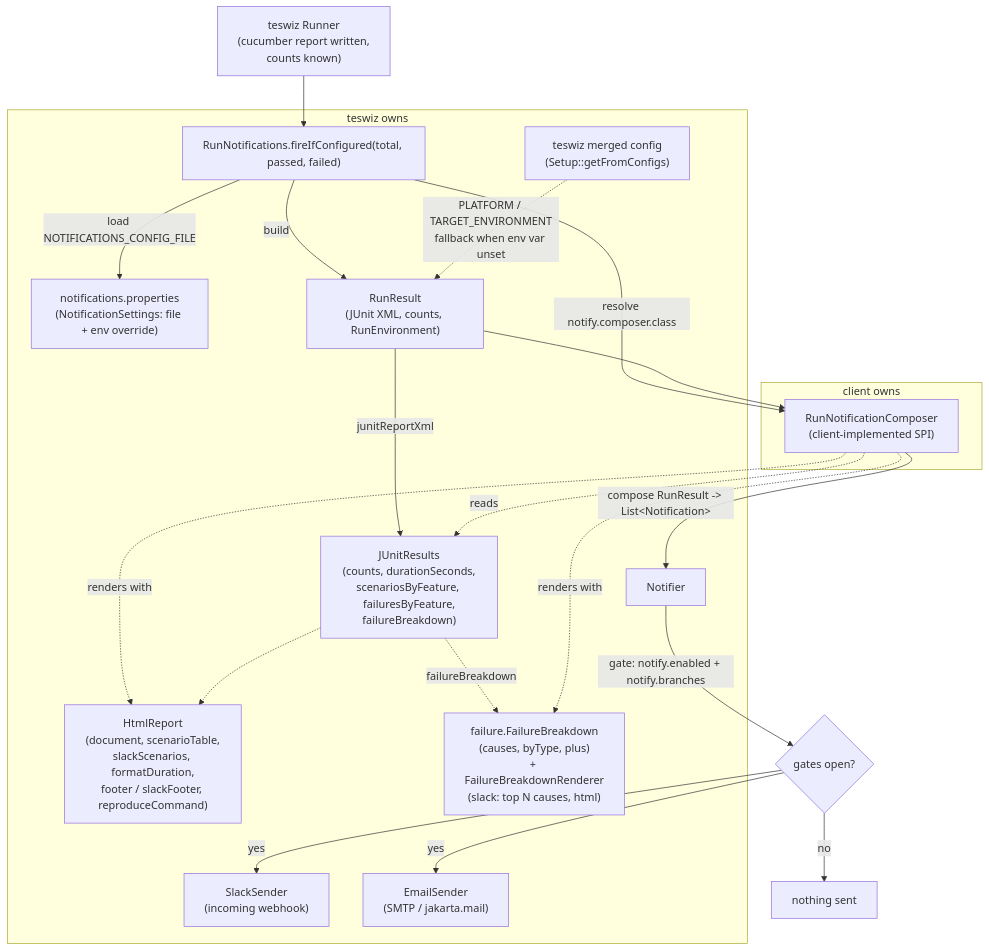
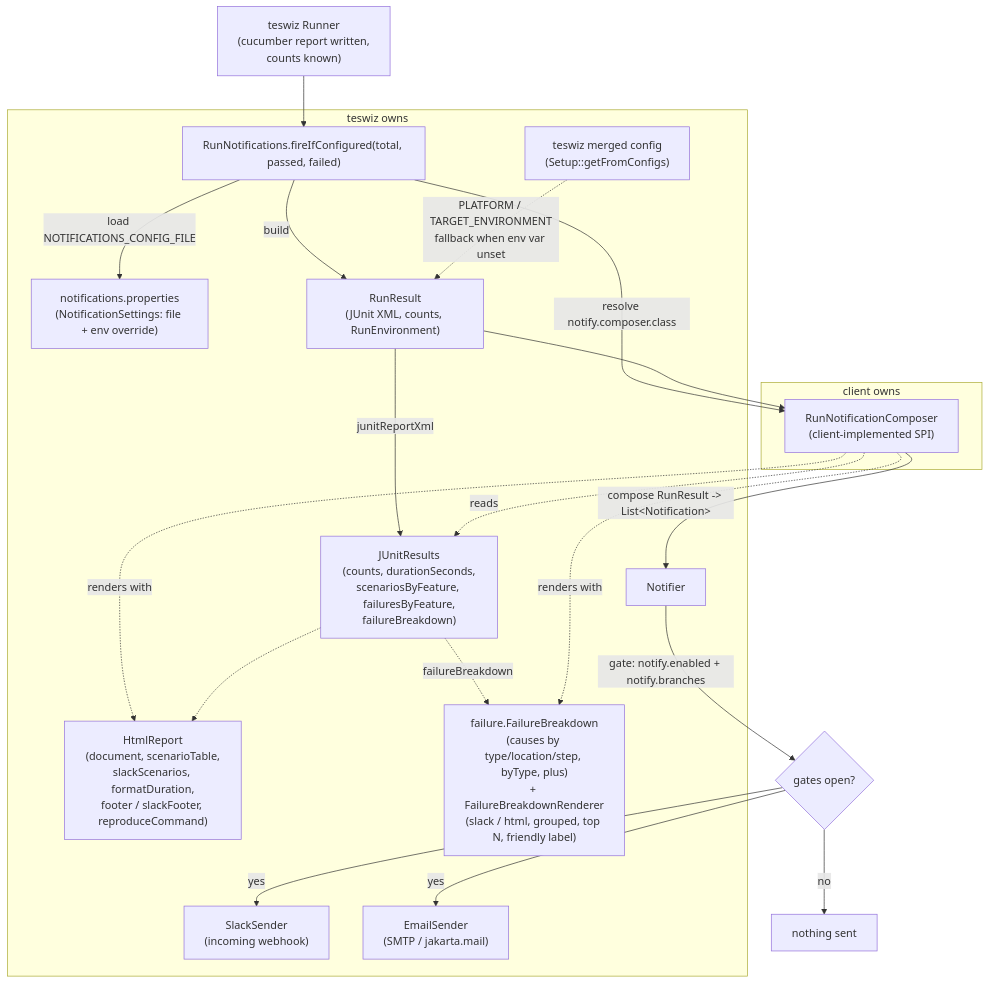
Before and after one commit to anandbagmar/teswiz: the diagram in docs/subsystems/run-notifications.md, drawn with Mermaid. The commit also changed 1 other file, not shown here.

Commit message:
Update stale docs for failure breakdown step grouping
- run-notifications.md: flow diagram node now reflects
  type/location/step grouping and the friendly label
- architecture-notes.md: reporting.notify.failure now describes the
  step component, per-step cause splitting, grouped Slack/HTML output,
  and the optional friendly-label function

````diff
--- a/docs/subsystems/run-notifications.md
+++ b/docs/subsystems/run-notifications.md
@@ -24,36 +24,36 @@
 ```mermaid
 flowchart TD
     RUN["teswiz Runner\n(cucumber report written,\ncounts known)"] --> FIRE["RunNotifications.fireIfConfigured(total, passed, failed)"]
     FIRE -->|load NOTIFICATIONS_CONFIG_FILE| SET["notifications.properties\n(NotificationSettings: file + env override)"]
     FIRE -->|resolve notify.composer.class| COMP["RunNotificationComposer\n(client-implemented SPI)"]
     FIRE -->|build| RR["RunResult\n(JUnit XML, counts, RunEnvironment)"]
     CFG["teswiz merged config\n(Setup::getFromConfigs)"] -.->|"PLATFORM / TARGET_ENVIRONMENT\nfallback when env var unset"| RR
     RR --> COMP
     RR -->|junitReportXml| JUR["JUnitResults\n(counts, durationSeconds,\nscenariosByFeature, failuresByFeature,\nfailureBreakdown)"]
     COMP -.->|reads| JUR
     COMP -.->|renders with| HTMLR["HtmlReport\n(document, scenarioTable,\nslackScenarios, formatDuration,\nfooter / slackFooter, reproduceCommand)"]
     JUR -.-> HTMLR
-    JUR -.->|failureBreakdown| FB["failure.FailureBreakdown\n(causes, byType, plus)\n+ FailureBreakdownRenderer\n(slack: top N causes, html)"]
+    JUR -.->|failureBreakdown| FB["failure.FailureBreakdown\n(causes by type/location/step, byType, plus)\n+ FailureBreakdownRenderer\n(slack / html, grouped, top N, friendly label)"]
     COMP -.->|renders with| FB
     COMP -->|compose RunResult -> List&lt;Notification&gt;| NTF["Notifier"]
     NTF -->|gate: notify.enabled + notify.branches| GATE{"gates open?"}
     GATE -->|no| NOOP["nothing sent"]
     GATE -->|yes| SLACK["SlackSender\n(incoming webhook)"]
     GATE -->|yes| EMAIL["EmailSender\n(SMTP / jakarta.mail)"]
 
     subgraph TESWIZ_OWNS["teswiz owns"]
         FIRE
         SET
         NTF
         SLACK
         EMAIL
         RR
         CFG
         JUR
         HTMLR
         FB
     end
     subgraph CLIENT_OWNS["client owns"]
         COMP
     end
 ```
````
